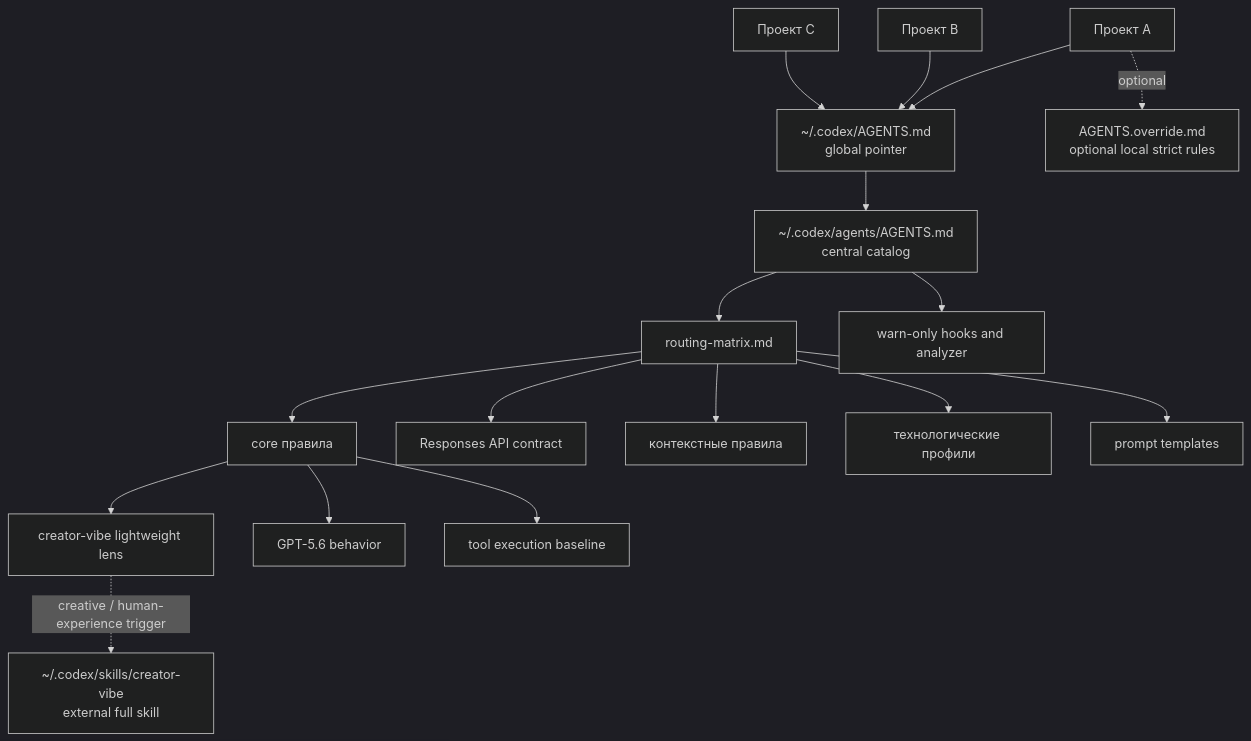
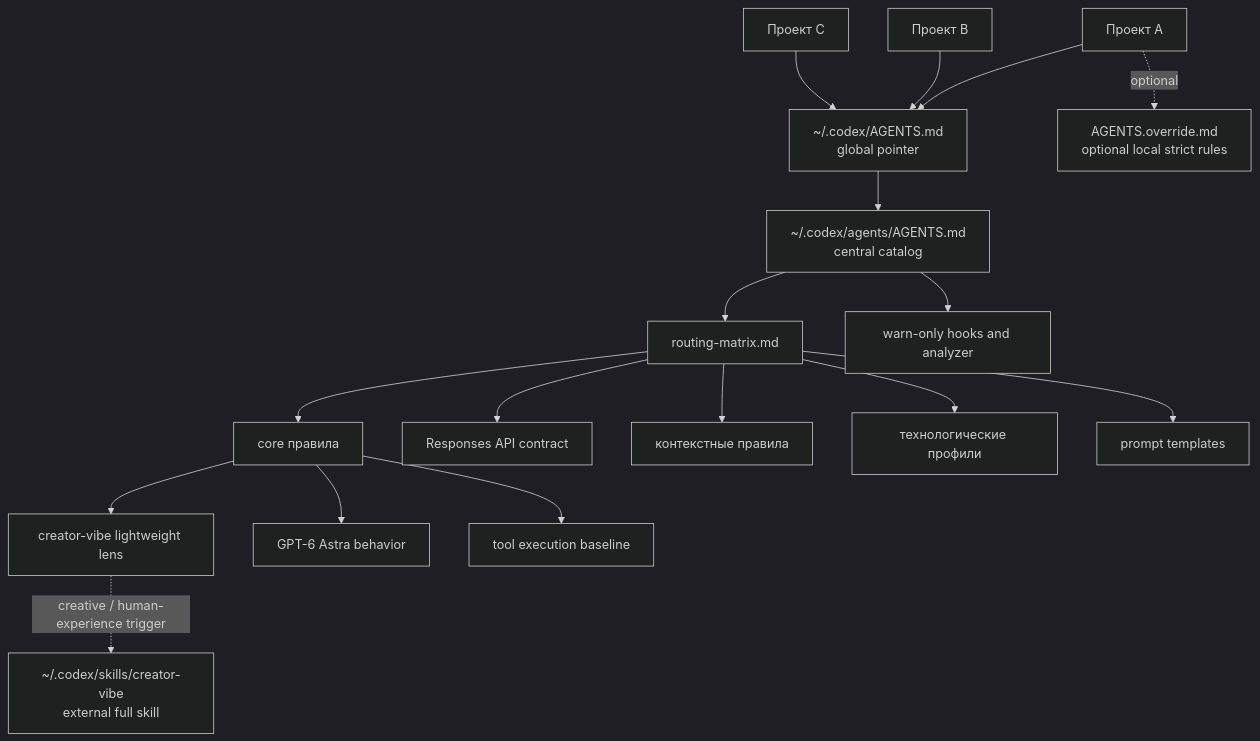
The diagram in README.md (Kibnet/Agents.md), drawn with Mermaid (dark theme) before and after one commit. The commit also changed other lines of this file and 10 other files, not shown here.

First line of the commit message:
feat(model): adapt instructions for GPT-6 Astra

````diff
--- a/README.md
+++ b/README.md
@@ -55,44 +55,44 @@
 ```mermaid
 flowchart TD
 
 CodexHome[~/.codex/AGENTS.md<br/>global pointer]
 Central[~/.codex/agents/AGENTS.md<br/>central catalog]
 
 RepoA[Проект A]
 RepoB[Проект B]
 RepoC[Проект C]
 Override[AGENTS.override.md<br/>optional local strict rules]
 
 Router[routing-matrix.md]
 
 Core[core правила]
 CreatorVibe[creator-vibe lightweight lens]
-Model[GPT-5.6 behavior]
+Model[GPT-6 Astra behavior]
 ToolExecution[tool execution baseline]
 Responses[Responses API contract]
 Contexts[контекстные правила]
 Profiles[технологические профили]
 Prompts[prompt templates]
 Operations[warn-only hooks and analyzer]
 ExternalSkill[~/.codex/skills/creator-vibe<br/>external full skill]
 
 CodexHome --> Central
 
 RepoA --> CodexHome
 RepoB --> CodexHome
 RepoC --> CodexHome
 RepoA -. optional .-> Override
 
 Central --> Router
 
 Router --> Core
 Core --> CreatorVibe
 Core --> Model
 Core --> ToolExecution
 CreatorVibe -. creative / human-experience trigger .-> ExternalSkill
 Router --> Responses
 Router --> Contexts
 Router --> Profiles
 Router --> Prompts
 Central --> Operations
 ```
````
